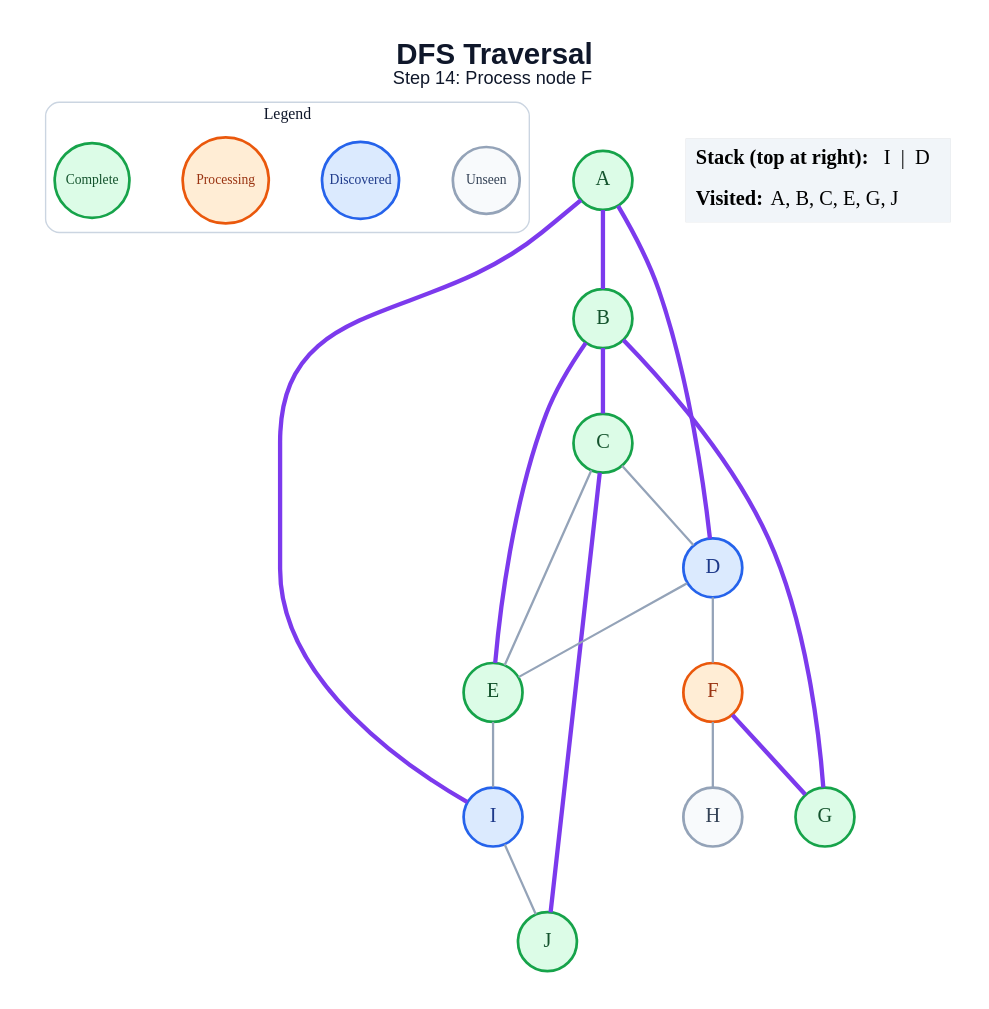
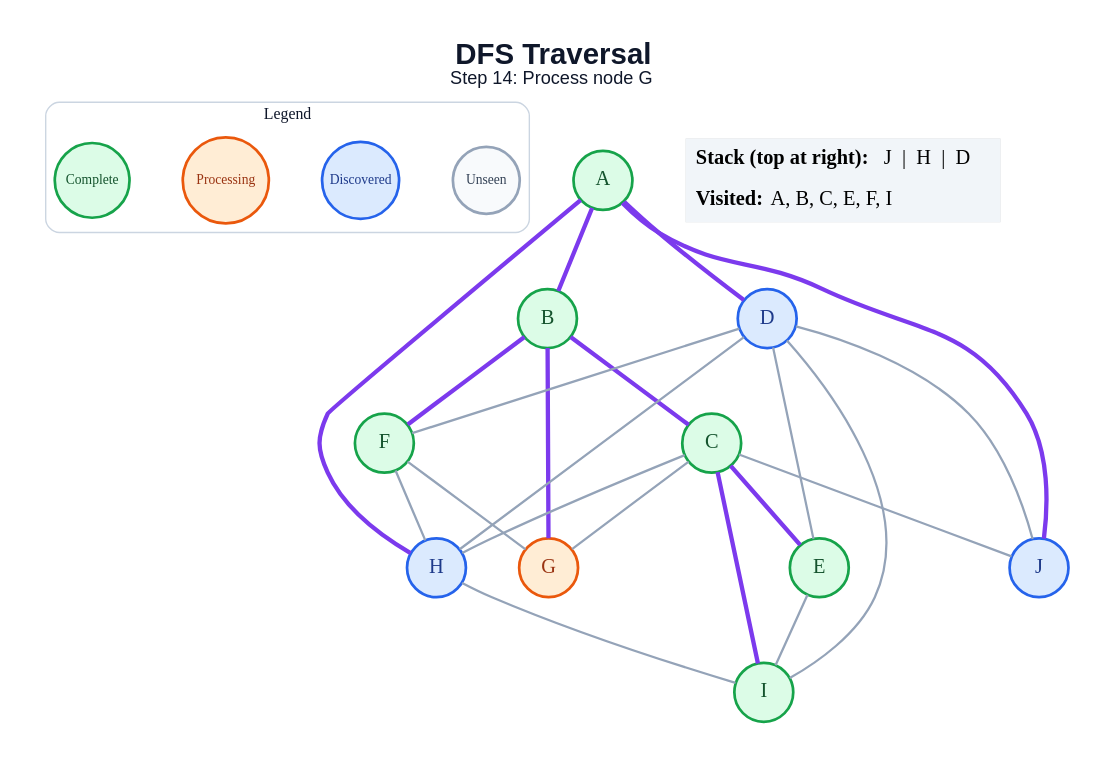
The diagram in generated/dfs/step_14.dot (anon7238593-create/ai-slop), drawn with Graphviz before and after one commit. The commit also changed 171 other files, not shown here.

```diff
--- a/generated/dfs/step_14.dot
+++ b/generated/dfs/step_14.dot
@@ -1,44 +1,50 @@
 graph traversal {
   graph [layout=dot, rankdir=TB, bgcolor="#FFFFFF", pad="0.35", nodesep="0.65", ranksep="0.8", fontname="Arial"];
   node [shape=circle, style="filled", fontname="Arial Bold", fontsize=18, width=0.72, fixedsize=true, penwidth=2.4];
   edge [color="#94A3B8", penwidth=2.0];
-  label=<<B>DFS Traversal</B><BR/><FONT POINT-SIZE="16">Step 14: Process node F</FONT>>; labelloc="t"; fontsize=26; fontname="Arial"; fontcolor="#0F172A";
+  label=<<B>DFS Traversal</B><BR/><FONT POINT-SIZE="16">Step 14: Process node G</FONT>>; labelloc="t"; fontsize=26; fontname="Arial"; fontcolor="#0F172A";
   subgraph cluster_legend { label="Legend"; color="#CBD5E1"; penwidth=1.2; style="rounded"; fontsize=14; fontname="Arial Bold";
     key_unseen [label="Unseen", fillcolor="#F8FAFC", color="#94A3B8", fontcolor="#334155", fontsize=12, width=0.82];
     key_frontier [label="Discovered", fillcolor="#DBEAFE", color="#2563EB", fontcolor="#1E3A8A", fontsize=12, width=0.95];
     key_current [label="Processing", fillcolor="#FFEDD5", color="#EA580C", fontcolor="#9A3412", fontsize=12, width=1.05];
     key_done [label="Complete", fillcolor="#DCFCE7", color="#16A34A", fontcolor="#14532D", fontsize=12, width=0.92];
     { rank=same; key_unseen; key_frontier; key_current; key_done; }
   }
   A [fillcolor="#DCFCE7", color="#16A34A", fontcolor="#14532D"];
   B [fillcolor="#DCFCE7", color="#16A34A", fontcolor="#14532D"];
   C [fillcolor="#DCFCE7", color="#16A34A", fontcolor="#14532D"];
   D [fillcolor="#DBEAFE", color="#2563EB", fontcolor="#1E3A8A"];
   E [fillcolor="#DCFCE7", color="#16A34A", fontcolor="#14532D"];
-  F [fillcolor="#FFEDD5", color="#EA580C", fontcolor="#9A3412"];
-  G [fillcolor="#DCFCE7", color="#16A34A", fontcolor="#14532D"];
-  H [fillcolor="#F8FAFC", color="#94A3B8", fontcolor="#334155"];
-  I [fillcolor="#DBEAFE", color="#2563EB", fontcolor="#1E3A8A"];
-  J [fillcolor="#DCFCE7", color="#16A34A", fontcolor="#14532D"];
+  F [fillcolor="#DCFCE7", color="#16A34A", fontcolor="#14532D"];
+  G [fillcolor="#FFEDD5", color="#EA580C", fontcolor="#9A3412"];
+  H [fillcolor="#DBEAFE", color="#2563EB", fontcolor="#1E3A8A"];
+  I [fillcolor="#DCFCE7", color="#16A34A", fontcolor="#14532D"];
+  J [fillcolor="#DBEAFE", color="#2563EB", fontcolor="#1E3A8A"];
   A -- B [color="#7C3AED", penwidth=3.8];
   A -- D [color="#7C3AED", penwidth=3.8];
-  A -- I [color="#7C3AED", penwidth=3.8];
+  A -- H [color="#7C3AED", penwidth=3.8];
+  A -- J [color="#7C3AED", penwidth=3.8];
   B -- C [color="#7C3AED", penwidth=3.8];
-  B -- E [color="#7C3AED", penwidth=3.8];
+  B -- F [color="#7C3AED", penwidth=3.8];
   B -- G [color="#7C3AED", penwidth=3.8];
-  C -- D;
-  C -- E;
-  C -- J [color="#7C3AED", penwidth=3.8];
+  C -- E [color="#7C3AED", penwidth=3.8];
+  C -- G;
+  C -- H;
+  C -- I [color="#7C3AED", penwidth=3.8];
+  C -- J;
   D -- E;
   D -- F;
+  D -- H;
+  D -- I;
+  D -- J;
   E -- I;
-  F -- G [color="#7C3AED", penwidth=3.8];
+  F -- G;
   F -- H;
-  I -- J;
+  H -- I;
   status [shape=plain, fixedsize=false, width=0, height=0, margin=0, label=<
     <TABLE BORDER="0" CELLBORDER="0" CELLPADDING="7" BGCOLOR="#F1F5F9">
-      <TR><TD ALIGN="LEFT"><B>Stack (top at right):</B> I  |  D</TD></TR>
-      <TR><TD ALIGN="LEFT"><B>Visited:</B> A, B, C, E, G, J</TD></TR>
+      <TR><TD ALIGN="LEFT"><B>Stack (top at right):</B> J  |  H  |  D</TD></TR>
+      <TR><TD ALIGN="LEFT"><B>Visited:</B> A, B, C, E, F, I</TD></TR>
     </TABLE>
   >];
 }
```
